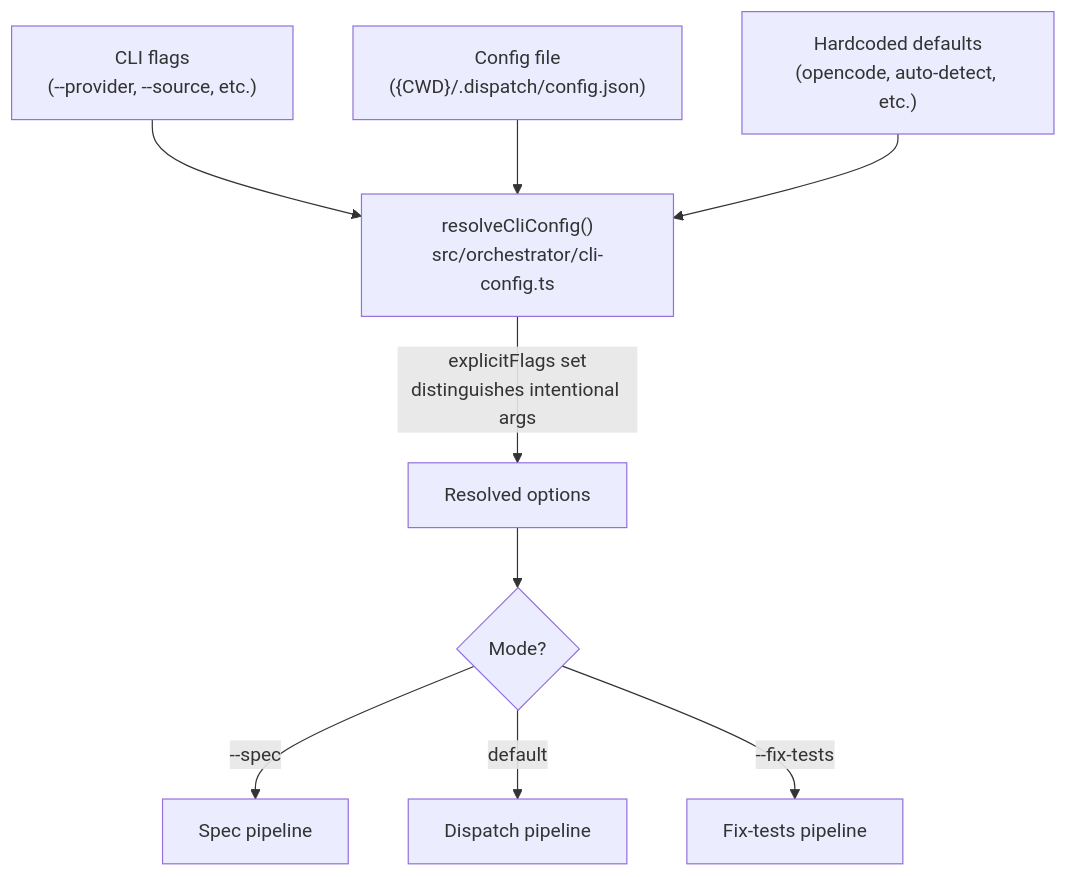
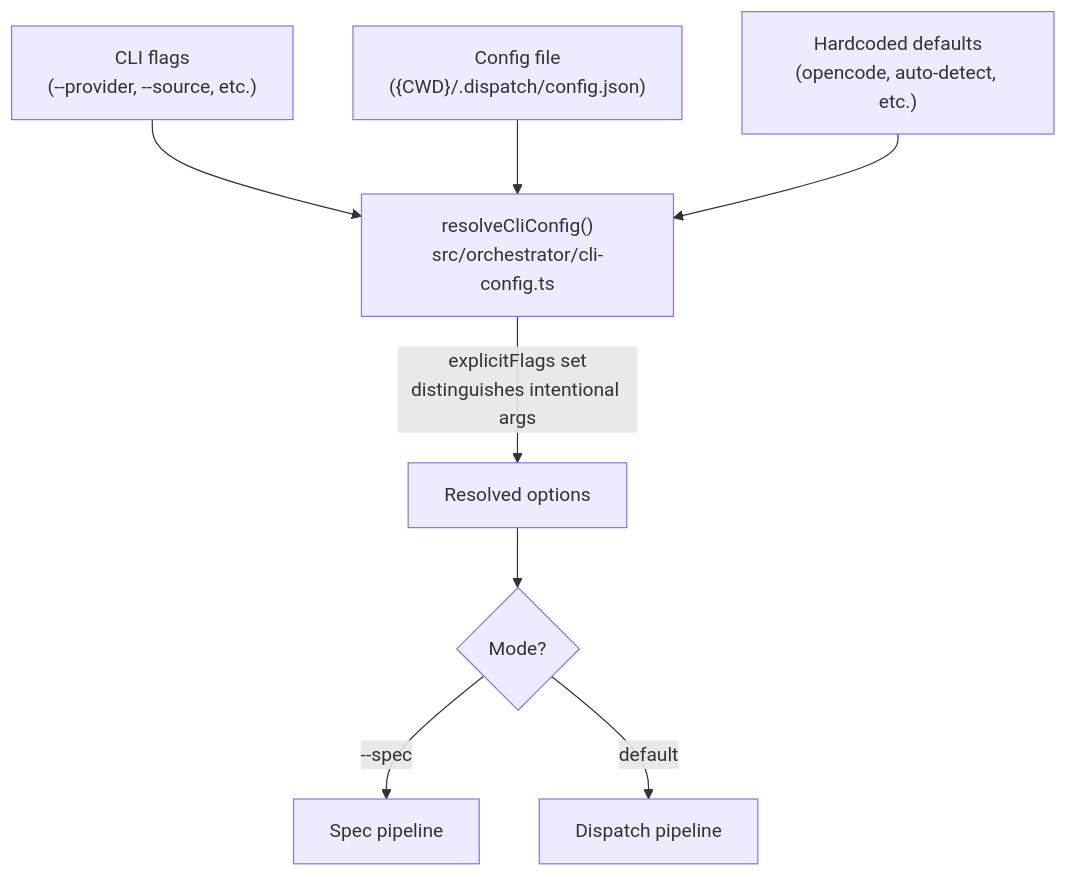
Before and after one commit to PatrickRuddiman/Dispatch: the third of 7 diagrams in docs/architecture.md, drawn with Mermaid. The commit also changed other lines of this file and 252 other files, not shown here.

````diff
--- a/docs/architecture.md
+++ b/docs/architecture.md
@@ -126,11 +131,10 @@
 ```mermaid
 flowchart TD
     A["CLI flags<br/>(--provider, --source, etc.)"] --> D["resolveCliConfig()<br/>src/orchestrator/cli-config.ts"]
     B["Config file<br/>({CWD}/.dispatch/config.json)"] --> D
     C["Hardcoded defaults<br/>(opencode, auto-detect, etc.)"] --> D
     D -->|"explicitFlags set<br/>distinguishes intentional args"| E["Resolved options"]
     E --> F{"Mode?"}
     F -->|"--spec"| G["Spec pipeline"]
     F -->|"default"| H["Dispatch pipeline"]
-    F -->|"--fix-tests"| I["Fix-tests pipeline"]
 ```
````
